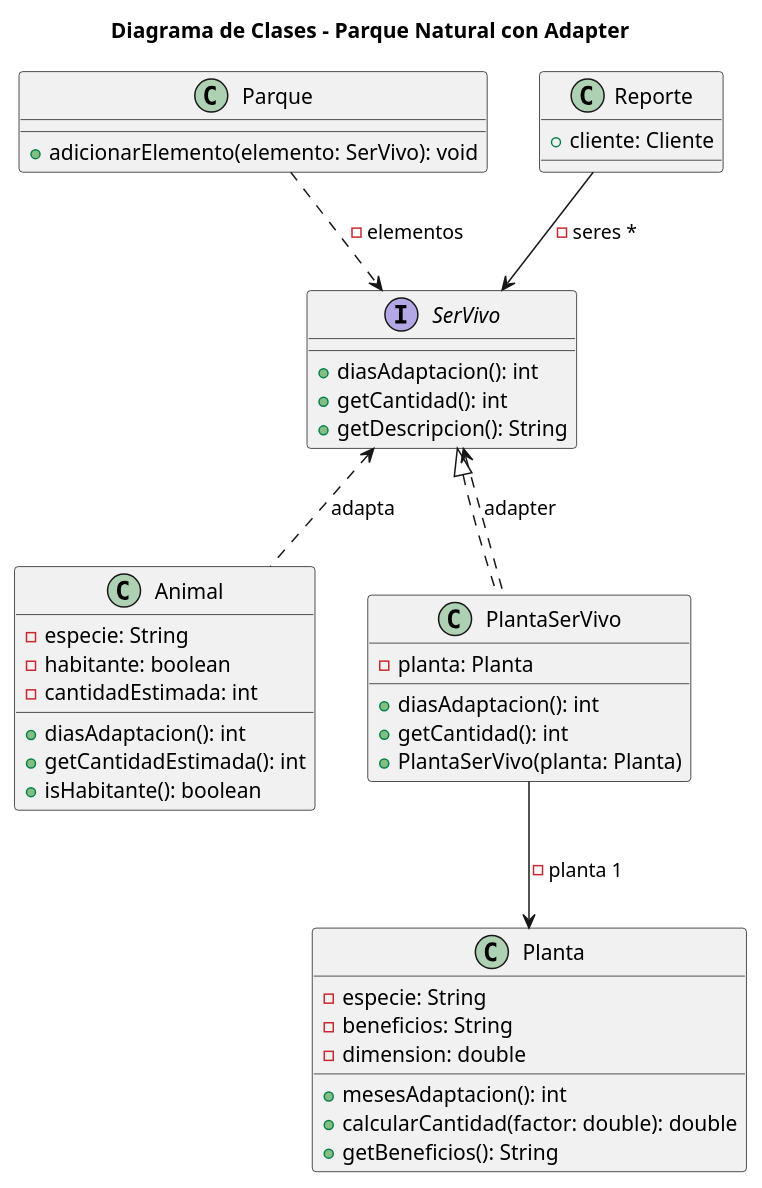
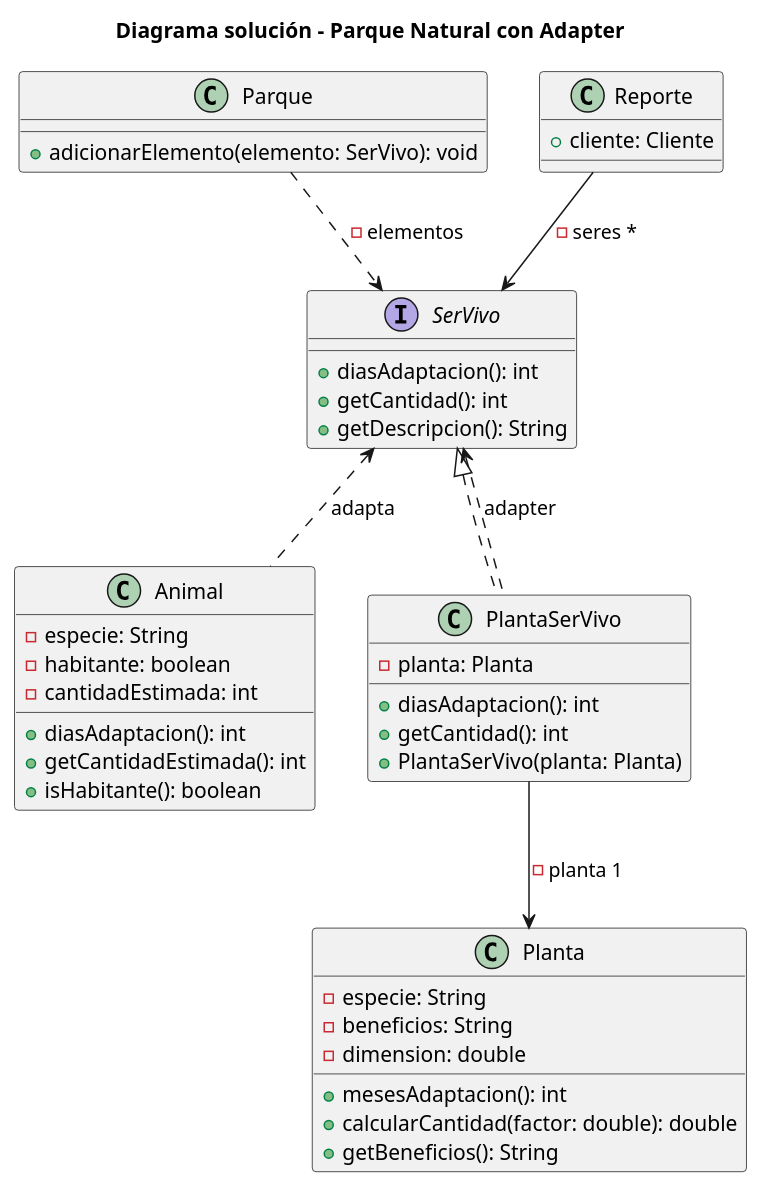
Before and after one commit to OverCV/PatronesSoftware: the diagram in .partials/adapter/solucion.plantuml, drawn with PlantUML. The commit also changed 18 other files, not shown here.

```diff
--- a/.partials/adapter/solucion.plantuml
+++ b/.partials/adapter/solucion.plantuml
@@ -1,53 +1,53 @@
 @startuml
-title Diagrama de Clases - Parque Natural con Adapter
+title Diagrama solución - Parque Natural con Adapter
 
 
 class Planta {
     -especie: String
     -beneficios: String
     -dimension: double
     +mesesAdaptacion(): int
     +calcularCantidad(factor: double): double
     +getBeneficios(): String
 }
 
 class Animal {
     -especie: String
     -habitante: boolean
     -cantidadEstimada: int
     +diasAdaptacion(): int
     +getCantidadEstimada(): int
     +isHabitante(): boolean
 }
 
 interface SerVivo {
     +diasAdaptacion(): int
     +getCantidad(): int
     +getDescripcion(): String
 }
 
 class PlantaSerVivo implements SerVivo {
     -planta: Planta
     +diasAdaptacion(): int
     +getCantidad(): int
     +PlantaSerVivo(planta: Planta)
 }
 
 class Parque {
     +adicionarElemento(elemento: SerVivo): void
 }
 
 class Reporte {
     +cliente: Cliente
 }
 
 
 Parque ..> SerVivo : -elementos
 SerVivo <.. PlantaSerVivo: adapter
 SerVivo <.. Animal : adapta
 PlantaSerVivo --> Planta : -planta 1
 
 Reporte --> SerVivo: -seres *
 ' Acá conectó reporte con muchos más pero lo quitó luego
 
 @enduml
```
